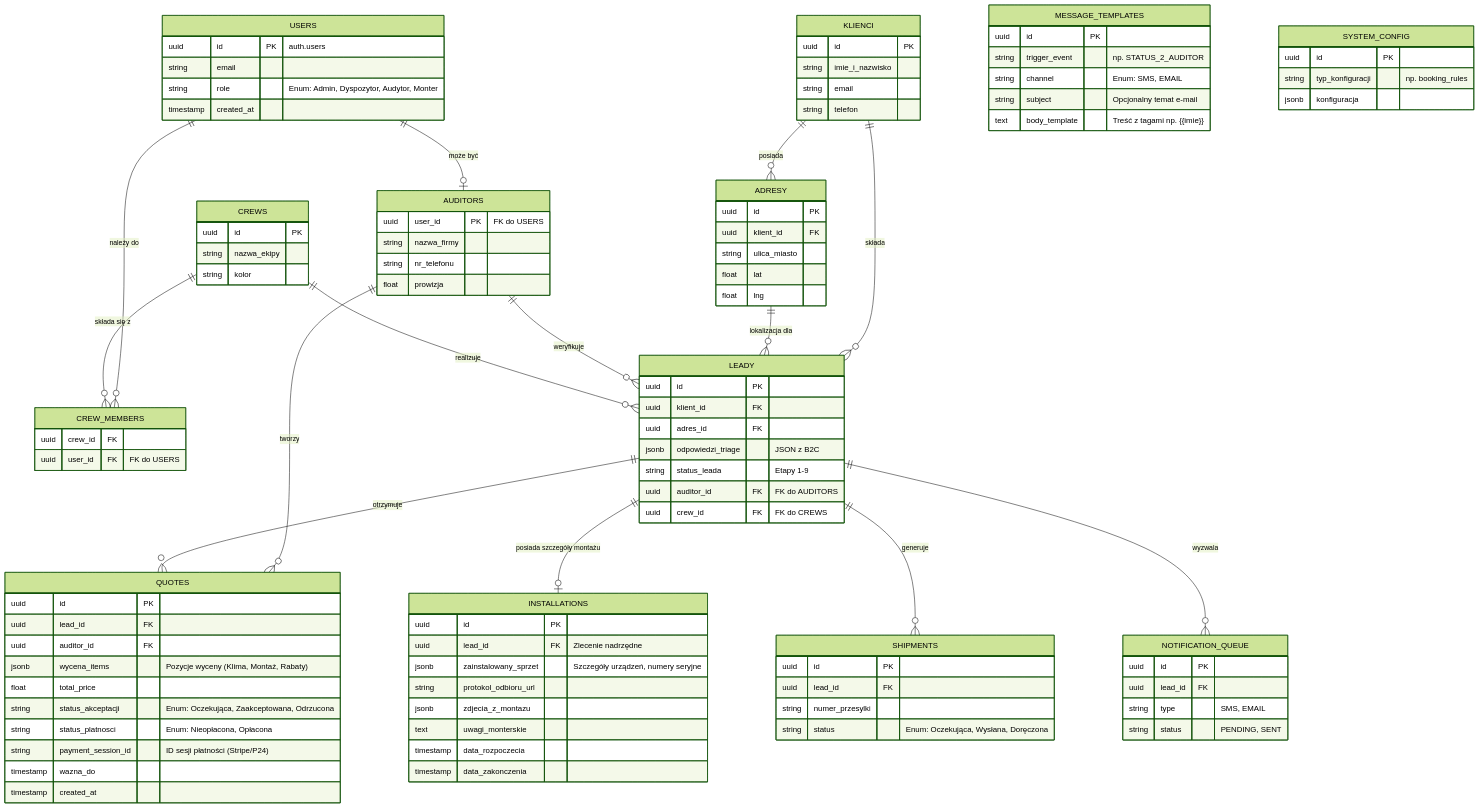
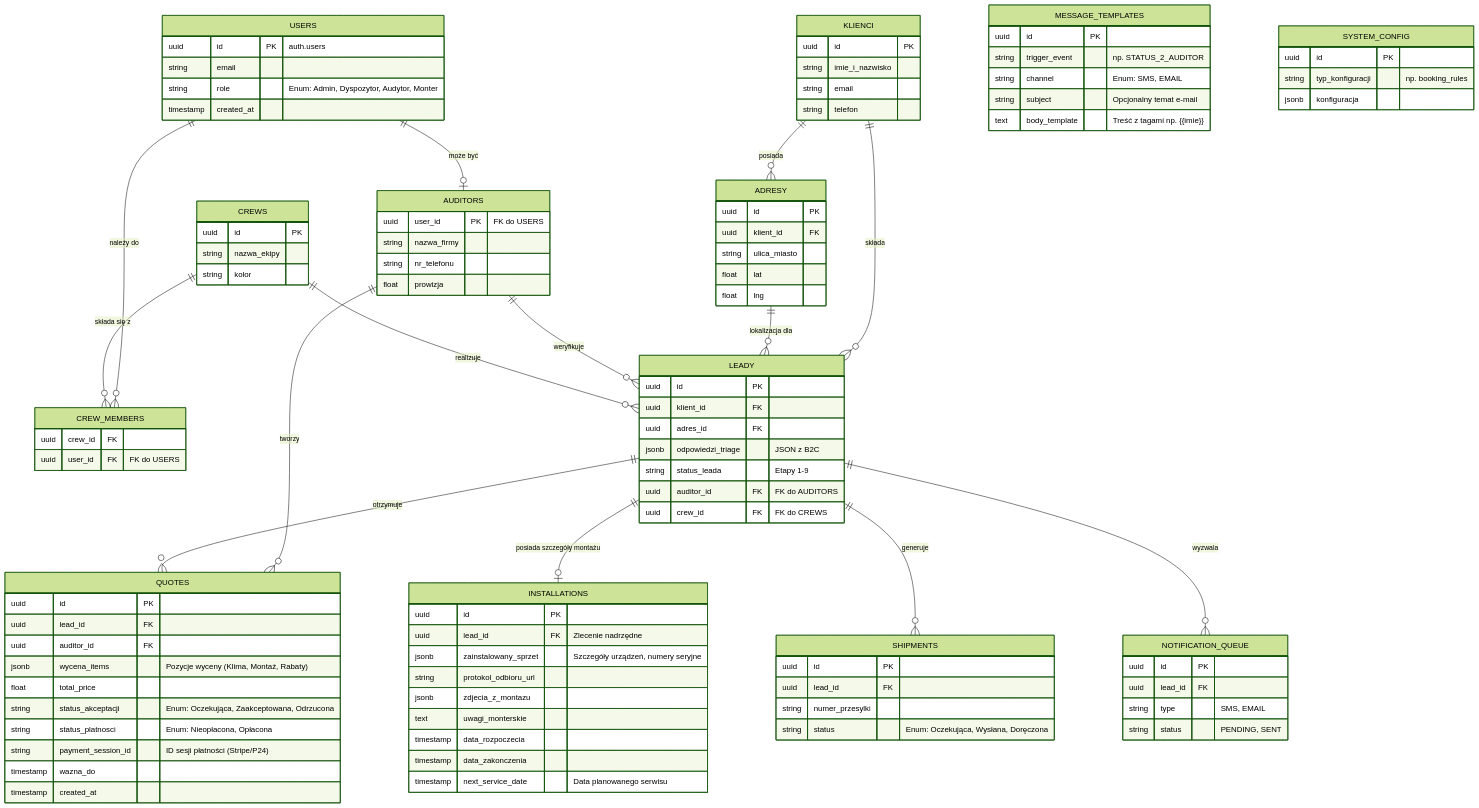
The diagram in turborepo/docs/architecture/database_model.md (aiprojectmanagersznurowski-afk/klikklima-system), drawn with Mermaid (forest theme) before and after one commit. The commit also changed 2 other files, not shown here.

Commit message:
docs: add Services module and advanced communication flowchart

```diff
--- a/turborepo/docs/architecture/database_model.md
+++ b/turborepo/docs/architecture/database_model.md
@@ -78,6 +78,7 @@
         text uwagi_monterskie
         timestamp data_rozpoczecia
         timestamp data_zakonczenia
+        timestamp next_service_date "Data planowanego serwisu"
     }
 
     SHIPMENTS {
```
